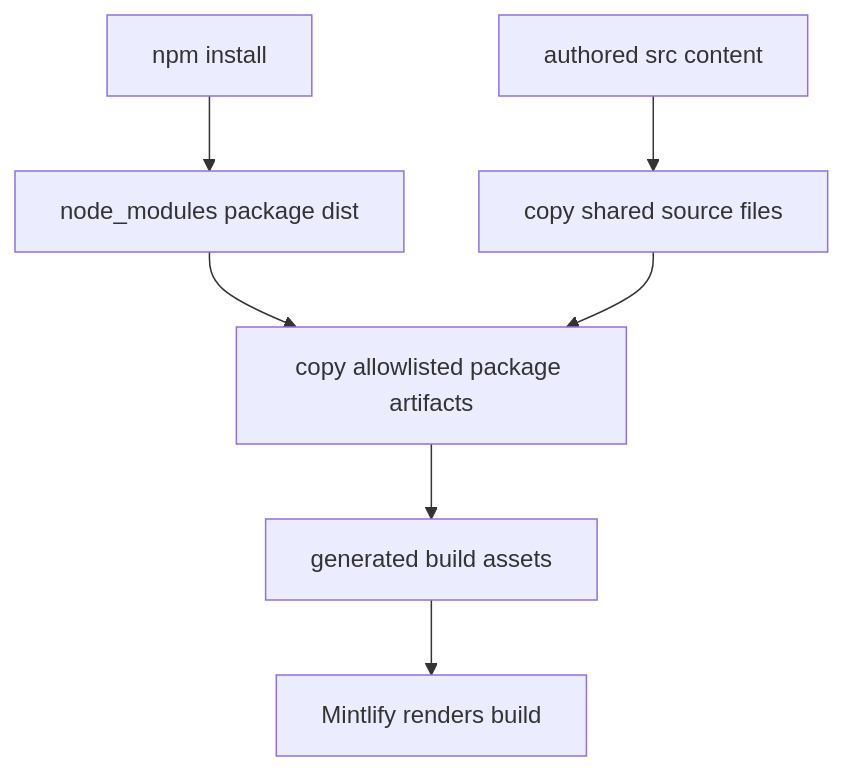
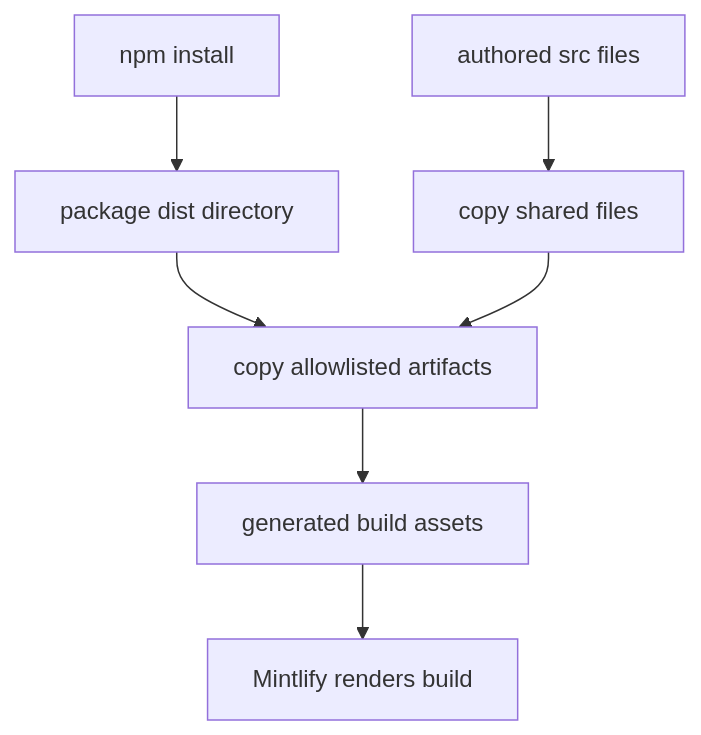
The diagram in openwiki/integrations/npm-snippets.md (langchain-ai/docs), drawn with Mermaid before and after one commit. The commit also changed other lines of this file and 28 other files, not shown here.

````diff
--- a/openwiki/integrations/npm-snippets.md
+++ b/openwiki/integrations/npm-snippets.md
@@ -53,9 +53,9 @@
 ```mermaid
 flowchart TD
-    Install["npm install"] --> Package["node_modules package dist"]
-    Source["authored src content"] --> Shared["copy shared source files"]
-    Package --> Overlay["copy allowlisted package artifacts"]
+    Install["npm install"] --> Package["package dist directory"]
+    Source["authored src files"] --> Shared["copy shared files"]
+    Package --> Overlay["copy allowlisted artifacts"]
     Shared --> Overlay
     Overlay --> Output["generated build assets"]
     Output --> Render["Mintlify renders build"]
 ```
````
